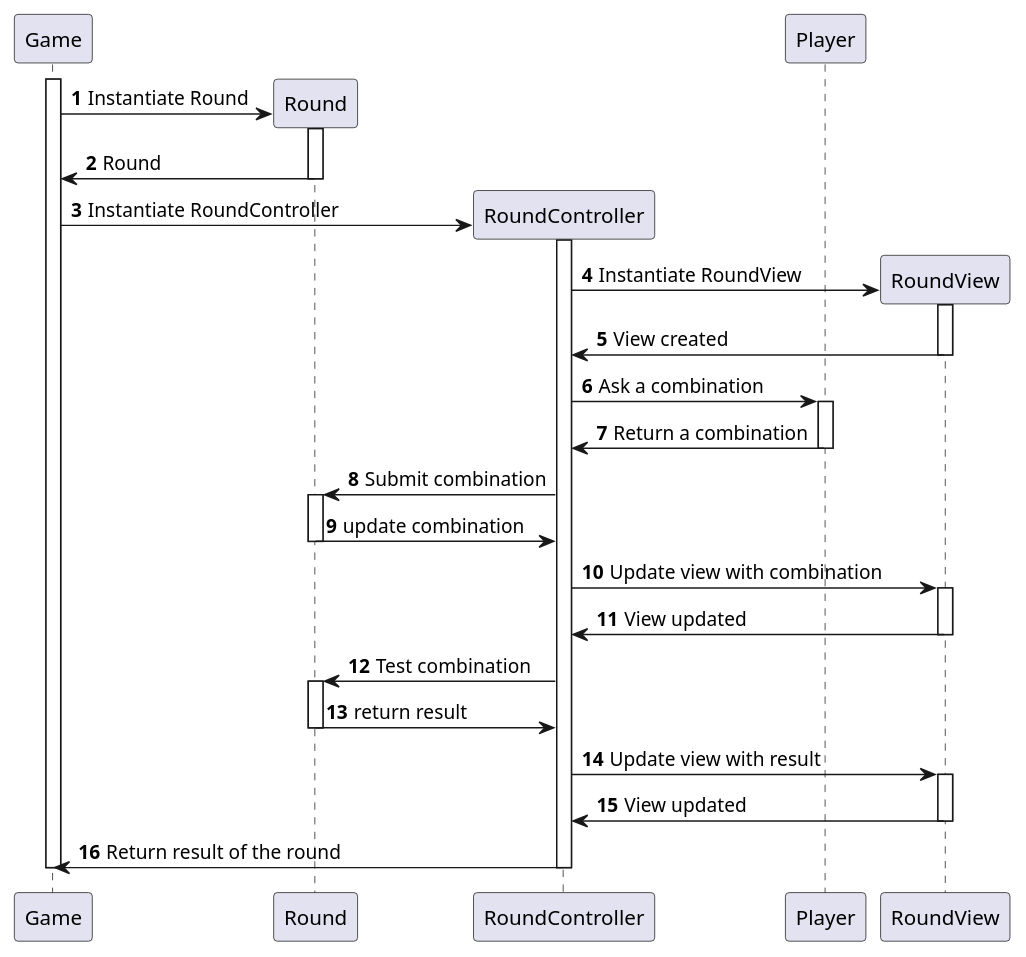
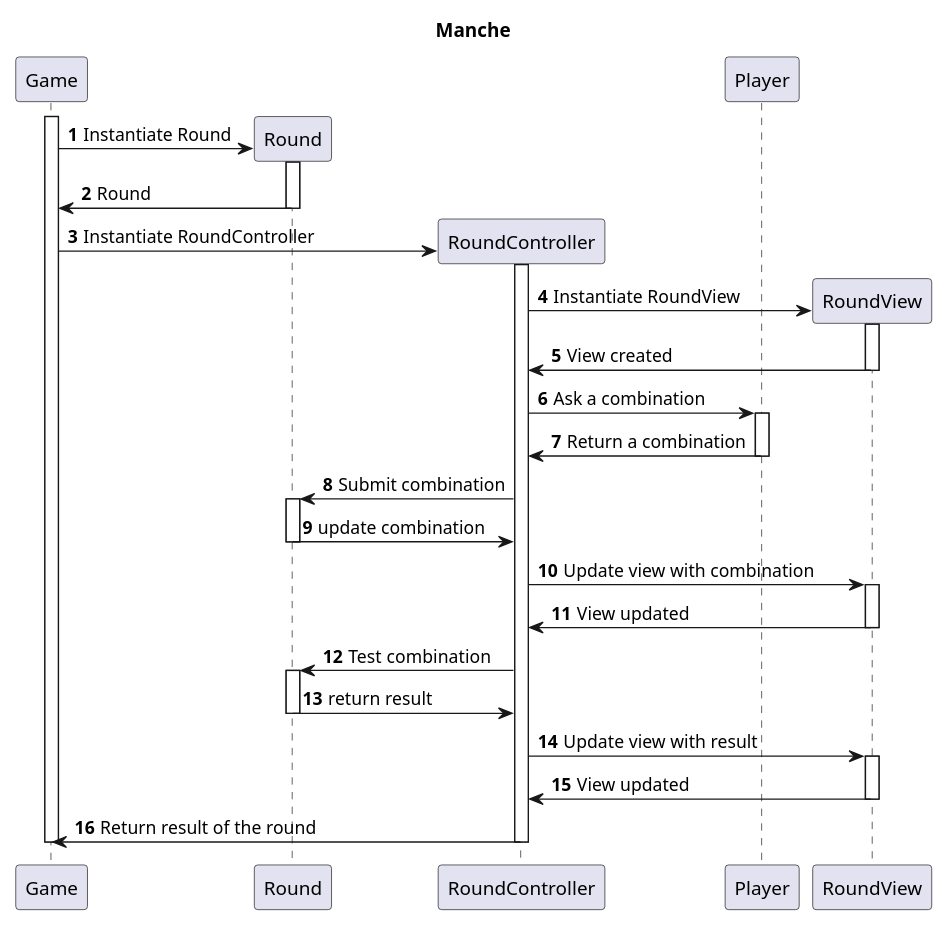
Before and after one commit to Earth-Wind-and-Fire/AP4B_Report: the diagram in Writerside/topics/Description-de-la-manche.md, drawn with PlantUML. The commit also changed 1 other file, not shown here.

````diff
--- a/Writerside/topics/Description-de-la-manche.md
+++ b/Writerside/topics/Description-de-la-manche.md
@@ -20,63 +20,65 @@
 ```plantuml
 @startuml
 'https://plantuml.com/sequence-diagram
+scale 0.92
 
+title Manche
 autonumber
 
 participant "Game" as Game
 participant "Round" as Round
 participant "RoundController" as RoundController
 participant "Player" as Player
 participant "RoundView" as RoundView
 
 ' Create Game and Round
 activate Game
 create Round
 Game -> Round: Instantiate Round
 activate Round
 Round -> Game: Round
 deactivate Round
 
 create RoundController
 Game -> RoundController: Instantiate RoundController
 activate RoundController
 
 create RoundView
 RoundController -> RoundView: Instantiate RoundView
 activate RoundView
 RoundView -> RoundController: View created
 deactivate RoundView
 
 RoundController -> Player: Ask a combination
 activate Player
 
 Player -> RoundController: Return a combination
 deactivate Player
 RoundController -> Round: Submit combination
 activate Round
 Round -> RoundController: update combination
 deactivate Round
 
 RoundController -> RoundView: Update view with combination
 activate RoundView
 RoundView -> RoundController: View updated
 deactivate RoundView
 
 RoundController -> Round: Test combination
 activate Round
 Round -> RoundController: return result
 deactivate Round
 
 RoundController -> RoundView: Update view with result
 activate RoundView
 RoundView -> RoundController: View updated
 deactivate RoundView
 
 RoundController -> Game: Return result of the round
 deactivate RoundController
 deactivate Game
 
 
 
 @enduml
 ```
````
